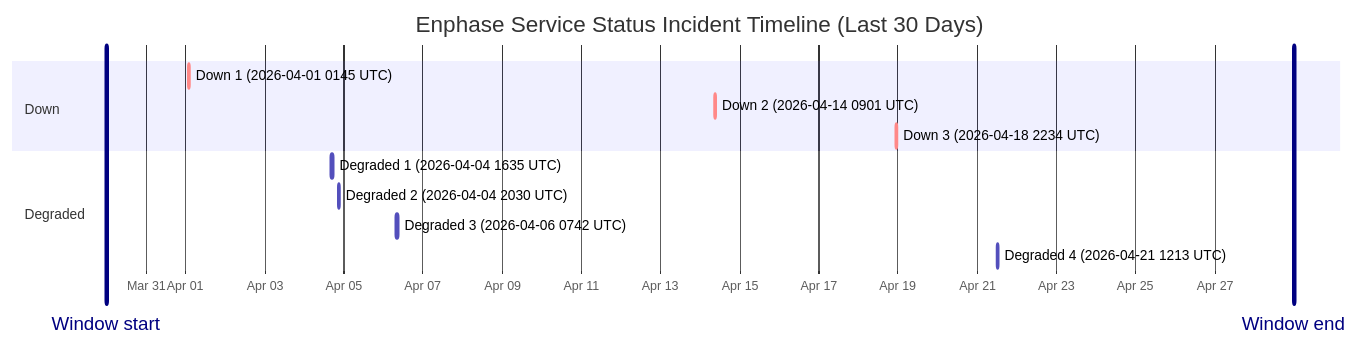
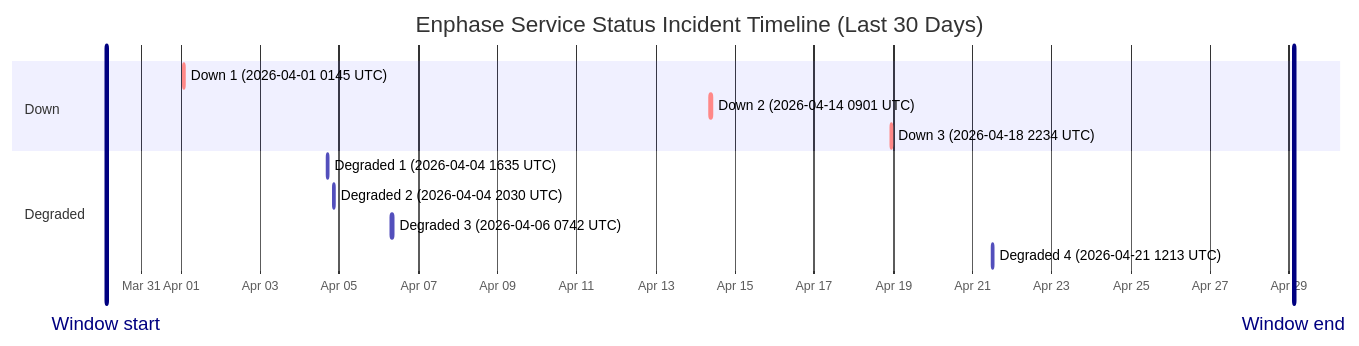
One commit to barneyonline/ha-enphase-ev-charger changed the diagram in wiki/Service-Status-History.md. Above: the diagram before and after it, drawn with Mermaid. The commit also changed other lines of this file and 3 other files, not shown here.

````diff
--- a/wiki/Service-Status-History.md
+++ b/wiki/Service-Status-History.md
@@ -14,17 +14,17 @@
 ```mermaid
 gantt
     title Enphase Service Status Incident Timeline (Last 30 Days)
     dateFormat  YYYY-MM-DDTHH:mm:ss
     axisFormat  %b %d
-    Window start :vert, window-start, 2026-03-29T23:54:40, 0ms
-    Window end :vert, window-end, 2026-04-28T23:54:40, 0ms
+    Window start :vert, window-start, 2026-03-30T02:47:51, 0ms
+    Window end :vert, window-end, 2026-04-29T02:47:51, 0ms
     section Down
     Down 1 (2026-04-01 0145 UTC) :crit, down-1, 2026-04-01T01:45:09, 60m
     Down 2 (2026-04-14 0901 UTC) :crit, down-2, 2026-04-14T09:01:13, 60m
     Down 3 (2026-04-18 2234 UTC) :crit, down-3, 2026-04-18T22:34:13, 60m
     section Degraded
     Degraded 1 (2026-04-04 1635 UTC) :active, degraded-1, 2026-04-04T16:35:17, 60m
     Degraded 2 (2026-04-04 2030 UTC) :active, degraded-2, 2026-04-04T20:30:40, 60m
     Degraded 3 (2026-04-06 0742 UTC) :active, degraded-3, 2026-04-06T07:42:09, 85m
     Degraded 4 (2026-04-21 1213 UTC) :active, degraded-4, 2026-04-21T12:13:11, 60m
 ```
````
